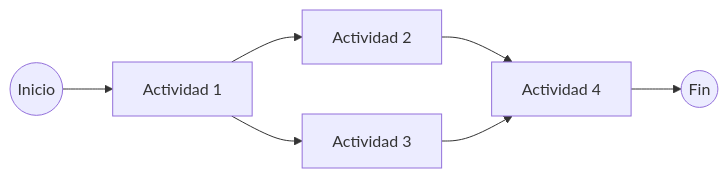
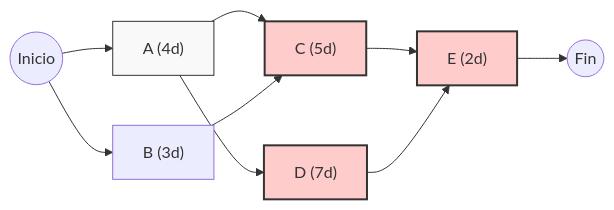
Before and after one commit to FCamaggi/gop-wiki: the fourth of 6 diagrams in public/content/clases/09-resumen-proyectos-y-pert-2025.04.22.md, drawn with Mermaid. The commit also changed other lines of this file and 36 other files, not shown here.

````diff
--- a/public/content/clases/09-resumen-proyectos-y-pert-2025.04.22.md
+++ b/public/content/clases/09-resumen-proyectos-y-pert-2025.04.22.md
@@ -37,9 +99,18 @@
 ```mermaid
 graph LR
-    A((Inicio)) --> B[Actividad 1]
-    B --> C[Actividad 2]
-    B --> D[Actividad 3]
-    C --> E[Actividad 4]
-    D --> E
-    E --> F((Fin))
+    A((Inicio)) --> B["A (4d)"]
+    A --> C["B (3d)"]
+    B --> D["C (5d)"]
+    C --> D
+    B --> E["D (7d)"]
+    D --> F["E (2d)"]
+    E --> F
+    F --> G((Fin))
+
+    style B fill:#f9f9f9,stroke:#333,stroke-width:1px
+    style D fill:#ffcccc,stroke:#333,stroke-width:2px
+    style E fill:#ffcccc,stroke:#333,stroke-width:2px
+    style F fill:#ffcccc,stroke:#333,stroke-width:2px
+
+    %% Las actividades en rojo forman parte del camino crítico
 ```
````
